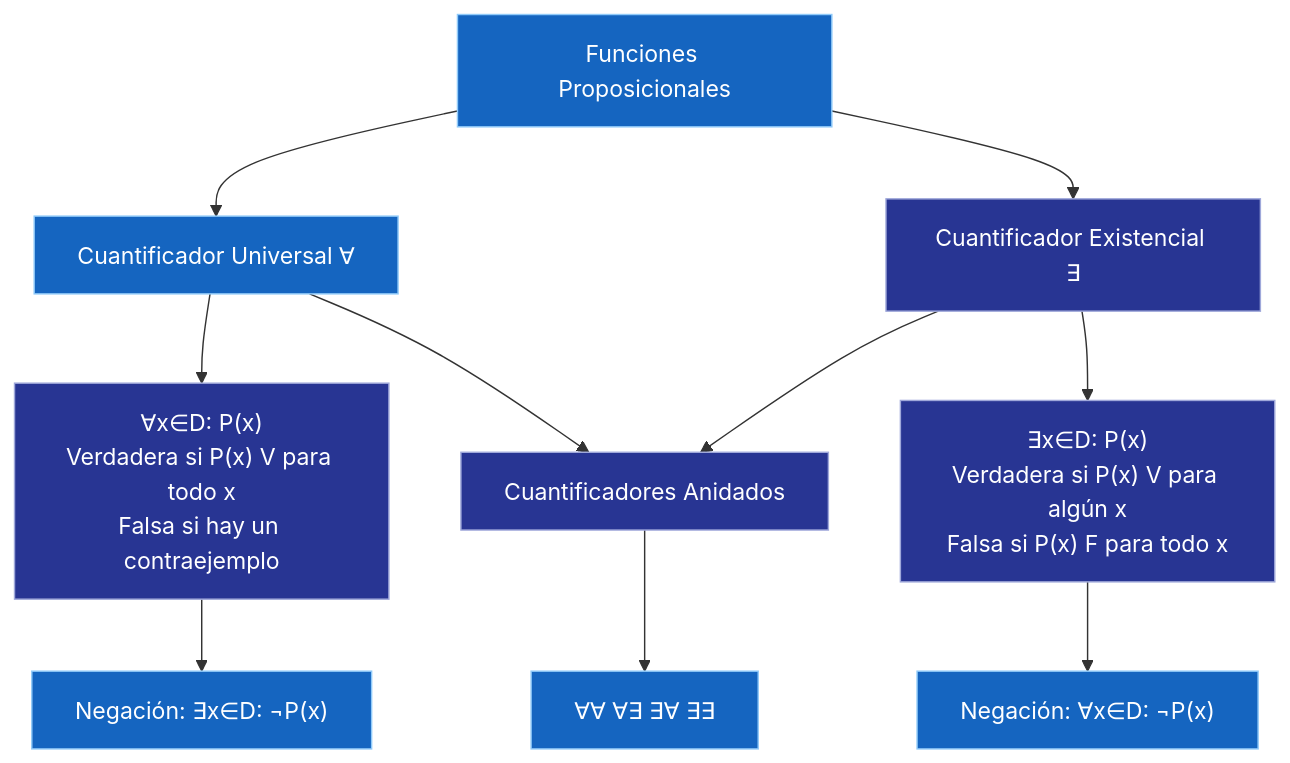
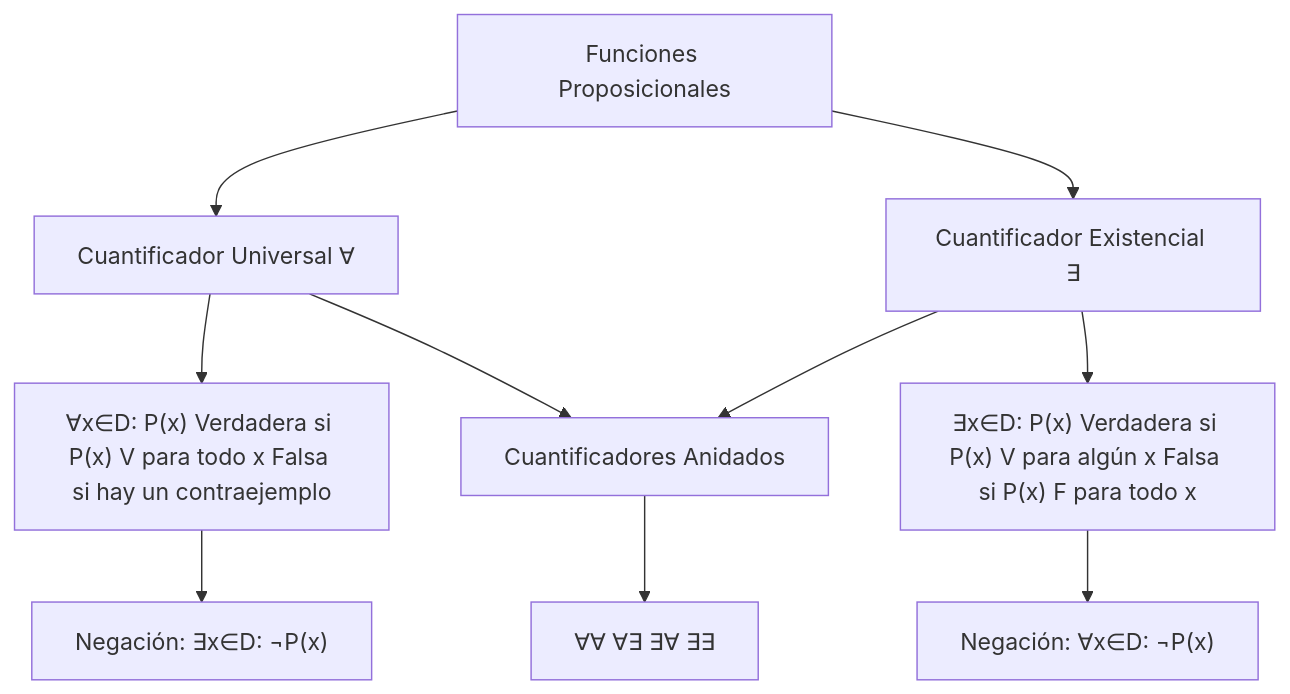
The diagram in src/site/notes/Universidad/3er Semestre/Matemáticas Discretas/Unidad 1 - Logica y Conjuntos/II - Álgebra Proposicional/02 - Cuantificadores.md (Fsteven22/Notas-ESPOL), drawn with Mermaid before and after one commit. The commit also changed 179 other files, not shown here.

````diff
--- a/src/site/notes/Universidad/3er Semestre/Matemáticas Discretas/Unidad 1 - Logica y Conjuntos/II - Álgebra Proposicional/02 - Cuantificadores.md
+++ b/src/site/notes/Universidad/3er Semestre/Matemáticas Discretas/Unidad 1 - Logica y Conjuntos/II - Álgebra Proposicional/02 - Cuantificadores.md
@@ -302,25 +302,16 @@
 ```mermaid
 graph TD
     A[Funciones Proposicionales] --> B[Cuantificador Universal ∀]
     A --> C[Cuantificador Existencial ∃]
     
-    B --> D["∀x∈D: P(x)<br/>Verdadera si P(x) V para todo x<br/>Falsa si hay un contraejemplo"]
-    C --> E["∃x∈D: P(x)<br/>Verdadera si P(x) V para algún x<br/>Falsa si P(x) F para todo x"]
+    B --> D["∀x∈D: P(x) Verdadera si P(x) V para todo x Falsa si hay un contraejemplo"]
+    C --> E["∃x∈D: P(x) Verdadera si P(x) V para algún x Falsa si P(x) F para todo x"]
     
     D --> F["Negación: ∃x∈D: ¬P(x)"]
     E --> G["Negación: ∀x∈D: ¬P(x)"]
     
     B --> H[Cuantificadores Anidados]
     C --> H
     H --> I[∀∀ ∀∃ ∃∀ ∃∃]
-    style A fill:#1565C0,color:#FFFFFF,stroke:#90CAF9,stroke-width:1px
-    style B fill:#1565C0,color:#FFFFFF,stroke:#90CAF9,stroke-width:1px
-    style C fill:#283593,color:#FFFFFF,stroke:#9FA8DA,stroke-width:1px
-    style D fill:#283593,color:#FFFFFF,stroke:#9FA8DA,stroke-width:1px
-    style E fill:#283593,color:#FFFFFF,stroke:#9FA8DA,stroke-width:1px
-    style F fill:#1565C0,color:#FFFFFF,stroke:#90CAF9,stroke-width:1px
-    style G fill:#1565C0,color:#FFFFFF,stroke:#90CAF9,stroke-width:1px
-    style H fill:#283593,color:#FFFFFF,stroke:#9FA8DA,stroke-width:1px
-    style I fill:#1565C0,color:#FFFFFF,stroke:#90CAF9,stroke-width:1px
     
 ```
````
